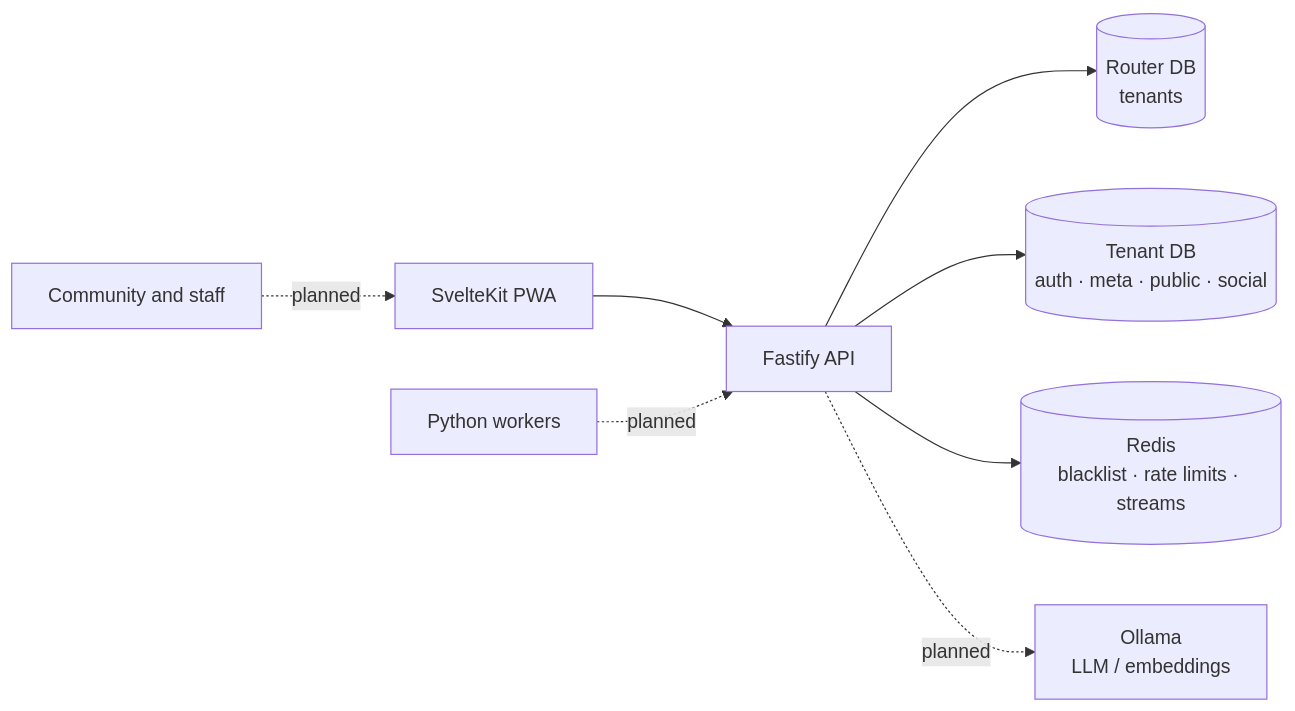
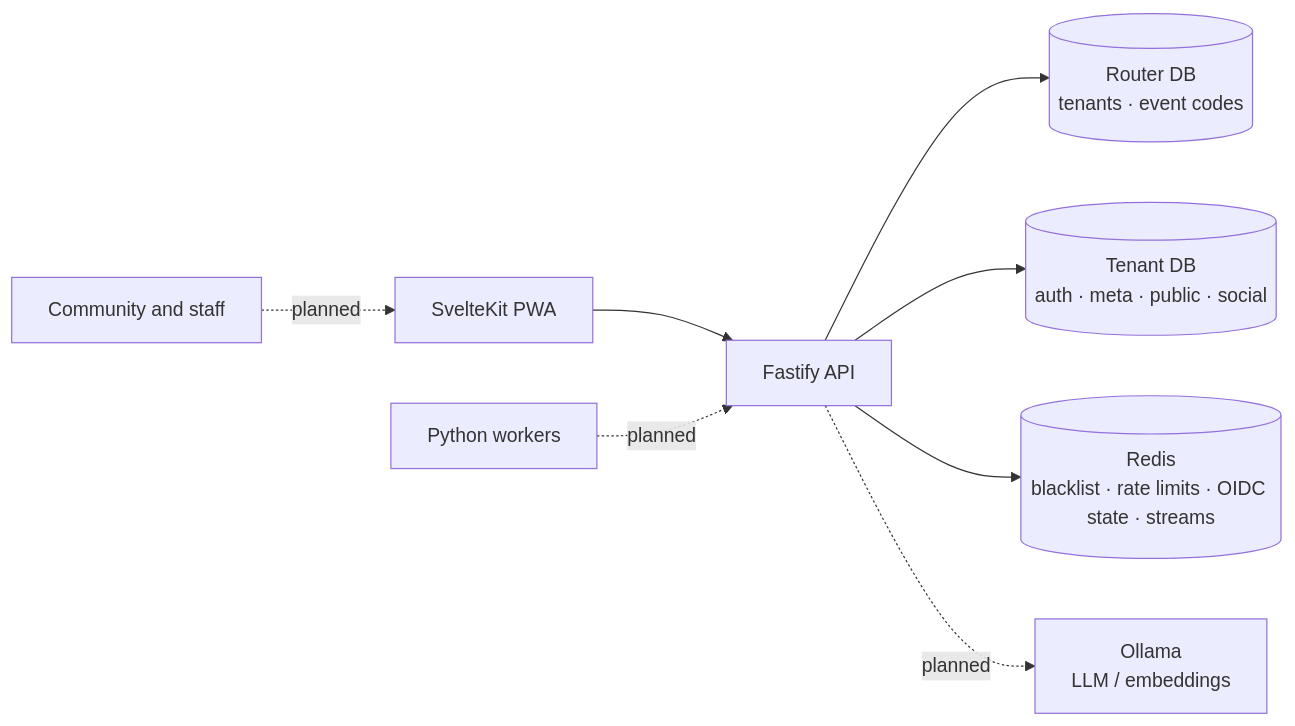
One commit to Juanc0/vozlab changed the diagram in docs/architecture.md. Above: the diagram before and after it, drawn with Mermaid. The commit also changed other lines of this file and 86 other files, not shown here.

Commit message:
feat(api): OIDC auth, rotating sessions and event-code join (B1V)

````diff
--- a/docs/architecture.md
+++ b/docs/architecture.md
@@ -7,10 +7,10 @@
 ```mermaid
 flowchart LR
   U["Community and staff"] -. planned .-> PWA["SvelteKit PWA"]
   PWA --> API["Fastify API"]
   W["Python workers"] -. planned .-> API
-  API --> R[("Router DB<br/>tenants")]
+  API --> R[("Router DB<br/>tenants · event codes")]
   API --> T[("Tenant DB<br/>auth · meta · public · social")]
-  API --> REDIS[("Redis<br/>blacklist · rate limits · streams")]
+  API --> REDIS[("Redis<br/>blacklist · rate limits · OIDC state · streams")]
   API -. planned .-> OLLAMA["Ollama<br/>LLM / embeddings"]
 ```
````
